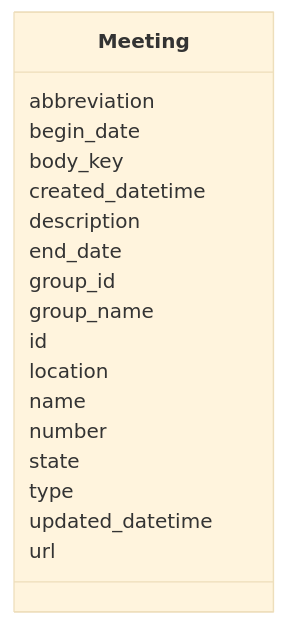
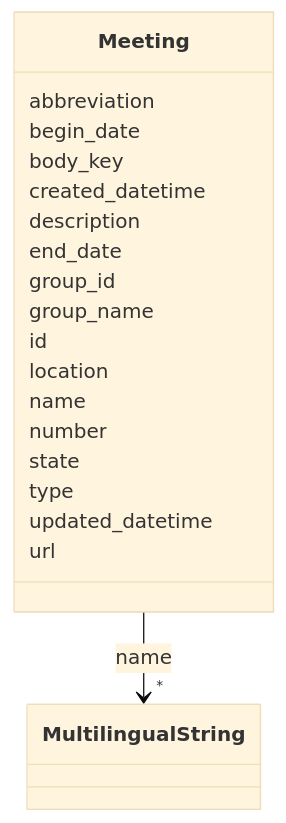
One commit to swiss/political-affairs-ech-group changed the diagram in G1_operations_echXXXX/output/docs/Meeting.md. Above: the diagram before and after it, drawn with Mermaid (base theme). The commit also changed other lines of this file and 10 other files, not shown here.

````diff
--- a/G1_operations_echXXXX/output/docs/Meeting.md
+++ b/G1_operations_echXXXX/output/docs/Meeting.md
@@ -14,38 +14,47 @@
 ```mermaid
  classDiagram
     class Meeting
     click Meeting href "../Meeting"
       Meeting : abbreviation
         
       Meeting : begin_date
         
       Meeting : body_key
         
       Meeting : created_datetime
         
       Meeting : description
         
       Meeting : end_date
         
       Meeting : group_id
         
       Meeting : group_name
         
       Meeting : id
         
       Meeting : location
         
       Meeting : name
         
+          
+    
+        
+        
+        Meeting --> "*" MultilingualString : name
+        click MultilingualString href "../MultilingualString"
+    
+
+        
       Meeting : number
         
       Meeting : state
         
       Meeting : type
         
       Meeting : updated_datetime
         
       Meeting : url
         
       
 ```
````
